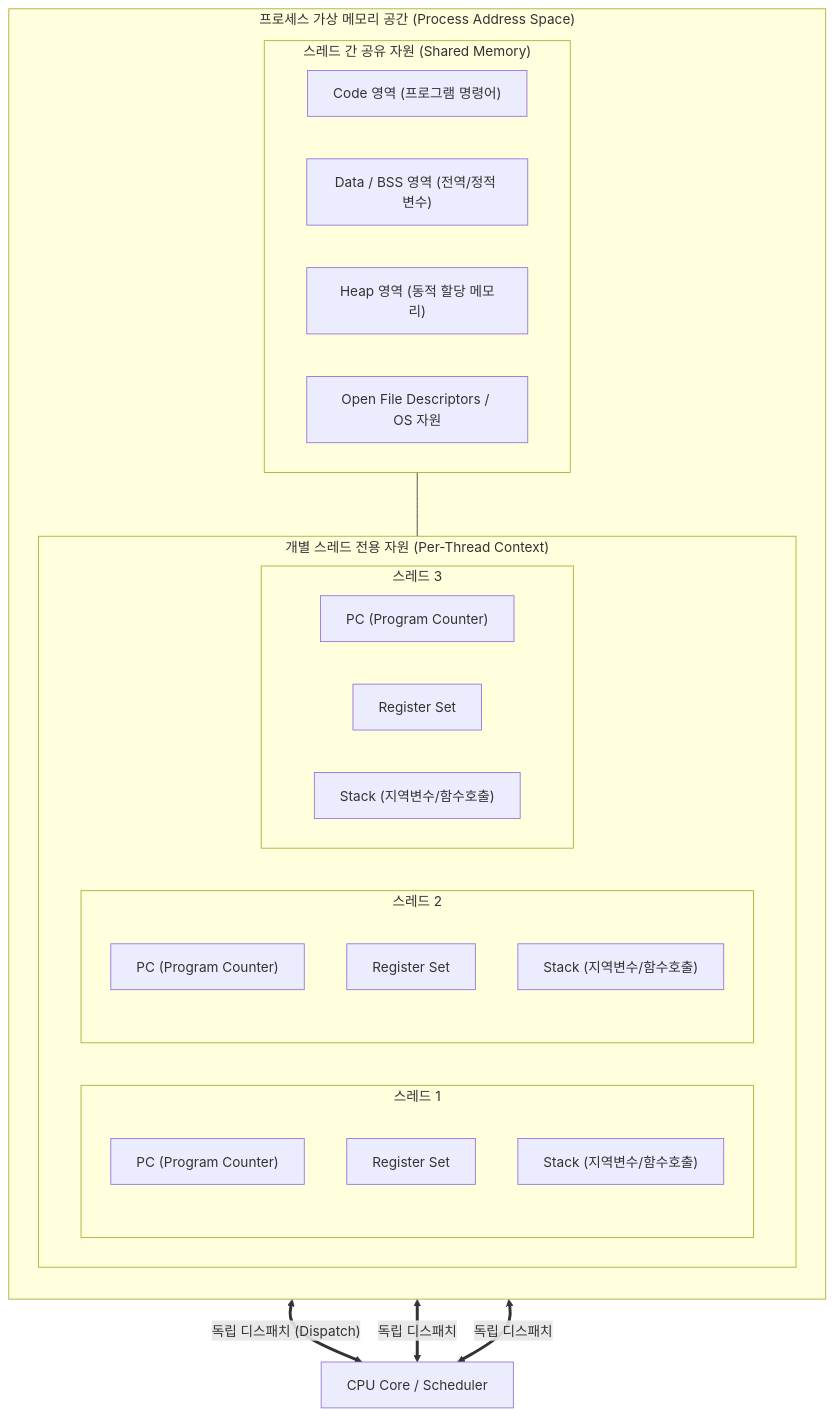
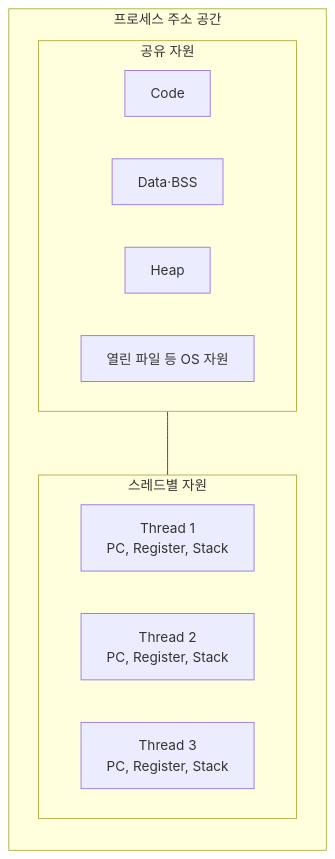
One commit to supremethumb/supremethumb.github.io changed the diagram in content/01_IT Tech/쓰레드.md. Above: the diagram before and after it, drawn with Mermaid. The commit also changed other lines of this file and 1087 other files, not shown here.

````diff
--- a/content/01_IT Tech/쓰레드.md
+++ b/content/01_IT Tech/쓰레드.md
@@ -27,43 +35,20 @@
 ```mermaid
 flowchart TB
-    subgraph Process_Memory ["프로세스 가상 메모리 공간 (Process Address Space)"]
+    subgraph P["프로세스 주소 공간"]
         direction TB
-        
-        subgraph Shared_Area ["스레드 간 공유 자원 (Shared Memory)"]
-            Code["Code 영역 (프로그램 명령어)"]
-            Data["Data / BSS 영역 (전역/정적 변수)"]
-            Heap["Heap 영역 (동적 할당 메모리)"]
-            Files["Open File Descriptors / OS 자원"]
+        subgraph SH["공유 자원"]
+            direction LR
+            C["Code"]
+            D["Data·BSS"]
+            H["Heap"]
+            F["열린 파일 등 OS 자원"]
         end
-
-        subgraph Thread_Contexts ["개별 스레드 전용 자원 (Per-Thread Context)"]
+        subgraph TH["스레드별 자원"]
             direction LR
-            
-            subgraph T1 ["스레드 1"]
-                PC1["PC (Program Counter)"]
-                Reg1["Register Set"]
-                Stack1["Stack (지역변수/함수호출)"]
-            end
-
-            subgraph T2 ["스레드 2"]
-                PC2["PC (Program Counter)"]
-                Reg2["Register Set"]
-                Stack2["Stack (지역변수/함수호출)"]
-            end
-
-            subgraph T3 ["스레드 3"]
-                PC3["PC (Program Counter)"]
-                Reg3["Register Set"]
-                Stack3["Stack (지역변수/함수호출)"]
-            end
+            T1["Thread 1<br/>PC, Register, Stack"]
+            T2["Thread 2<br/>PC, Register, Stack"]
+            T3["Thread 3<br/>PC, Register, Stack"]
         end
-
-        Shared_Area --- Thread_Contexts
+        SH --- TH
     end
-
-    CPU["CPU Core / Scheduler"]
-    T1 <== "독립 디스패치 (Dispatch)" ==> CPU
-    T2 <== "독립 디스패치" ==> CPU
-    T3 <== "독립 디스패치" ==> CPU
-
 ```
````
